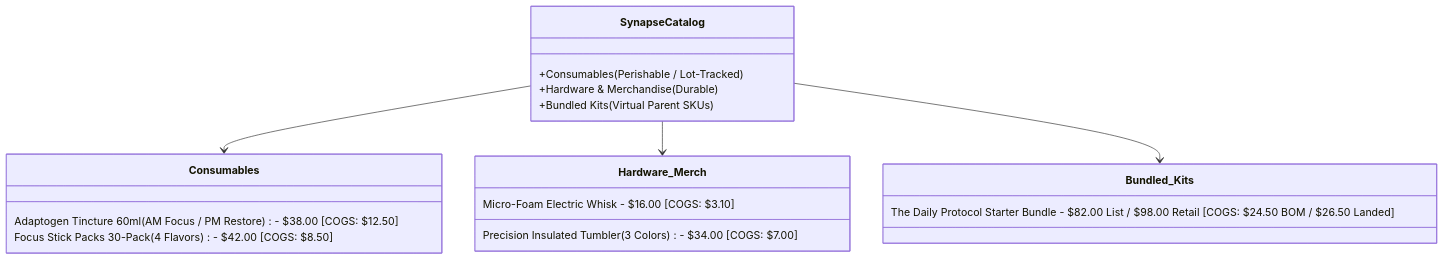
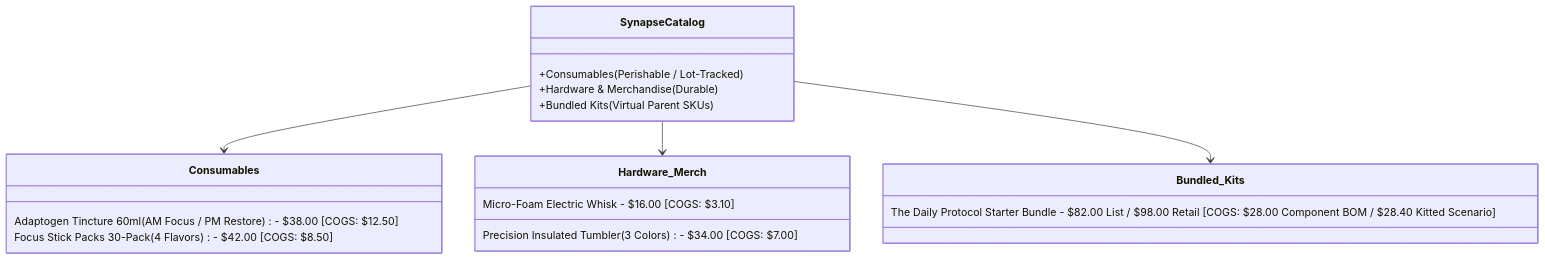
One commit to riovicsusas/portfolio changed the first of 2 diagrams in STORE-OVERVIEW-SynapseBotanicals.md. Above: the diagram before and after it, drawn with Mermaid. The commit also changed other lines of this file and 14 other files, not shown here.

````diff
--- a/STORE-OVERVIEW-SynapseBotanicals.md
+++ b/STORE-OVERVIEW-SynapseBotanicals.md
@@ -23,22 +23,22 @@
 ```mermaid
 classDiagram
     class SynapseCatalog {
         +Consumables (Perishable / Lot-Tracked)
         +Hardware & Merchandise (Durable)
         +Bundled Kits (Virtual Parent SKUs)
     }
     class Consumables {
         Adaptogen Tincture 60ml (AM Focus / PM Restore) - $38.00 [COGS: $12.50]
         Focus Stick Packs 30-Pack (4 Flavors) - $42.00 [COGS: $8.50]
     }
     class Hardware_Merch {
         Precision Insulated Tumbler (3 Colors) - $34.00 [COGS: $7.00]
         Micro-Foam Electric Whisk - $16.00 [COGS: $3.10]
     }
     class Bundled_Kits {
-        The Daily Protocol Starter Bundle - $82.00 List / $98.00 Retail [COGS: $24.50 BOM / $26.50 Landed]
+        The Daily Protocol Starter Bundle - $82.00 List / $98.00 Retail [COGS: $28.00 Component BOM / $28.40 Kitted Scenario]
     }
     SynapseCatalog --> Consumables
     SynapseCatalog --> Hardware_Merch
     SynapseCatalog --> Bundled_Kits
 ```
````
